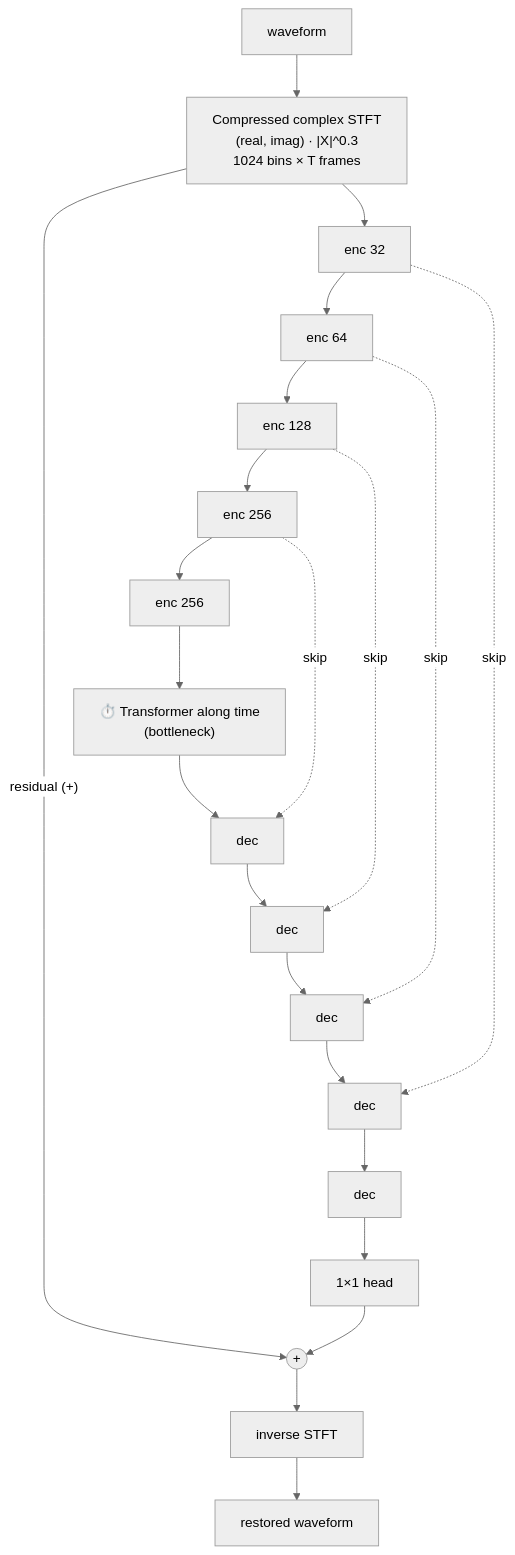
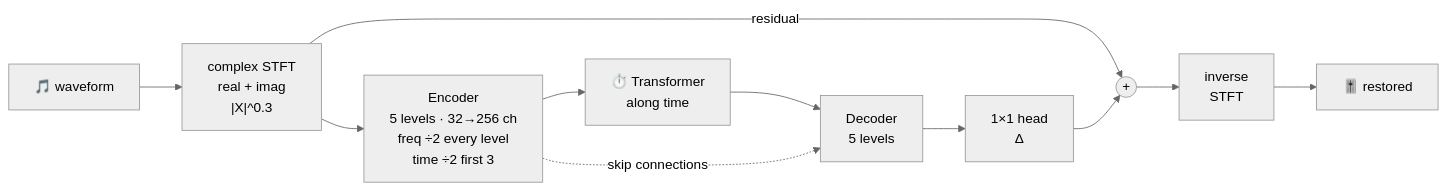
The third of 3 diagrams in README.md (samupp2758/memo2master), drawn with Mermaid (neutral theme) before and after one commit.

Commit message:
README: compact left-to-right model diagram

````diff
--- a/README.md
+++ b/README.md
@@ -129,15 +129,12 @@
 ```mermaid
-flowchart TB
-    W[waveform] --> S["Compressed complex STFT<br/>(real, imag) · |X|^0.3<br/>1024 bins × T frames"]
-    S --> E1[enc 32] --> E2[enc 64] --> E3[enc 128] --> E4[enc 256] --> E5[enc 256]
-    E5 --> BN["⏱️ Transformer along time<br/>(bottleneck)"]
-    BN --> D5[dec] --> D4[dec] --> D3[dec] --> D2[dec] --> D1[dec]
-    E4 -. skip .-> D5
-    E3 -. skip .-> D4
-    E2 -. skip .-> D3
-    E1 -. skip .-> D2
-    D1 --> H[1×1 head]
-    S -- "residual (+)" --> R((+))
+flowchart LR
+    W[🎵 waveform] --> S["complex STFT<br/>real + imag<br/>|X|^0.3"]
+    S --> ENC["Encoder<br/>5 levels · 32→256 ch<br/>freq ÷2 every level<br/>time ÷2 first 3"]
+    ENC --> BN["⏱️ Transformer<br/>along time"]
+    BN --> DEC["Decoder<br/>5 levels"]
+    ENC -. skip connections .-> DEC
+    DEC --> H[1×1 head<br/>Δ]
+    S -- residual --> R((+))
     H --> R
-    R --> I[inverse STFT] --> O[restored waveform]
+    R --> I[inverse<br/>STFT] --> O[🎚️ restored]
 ```
````
